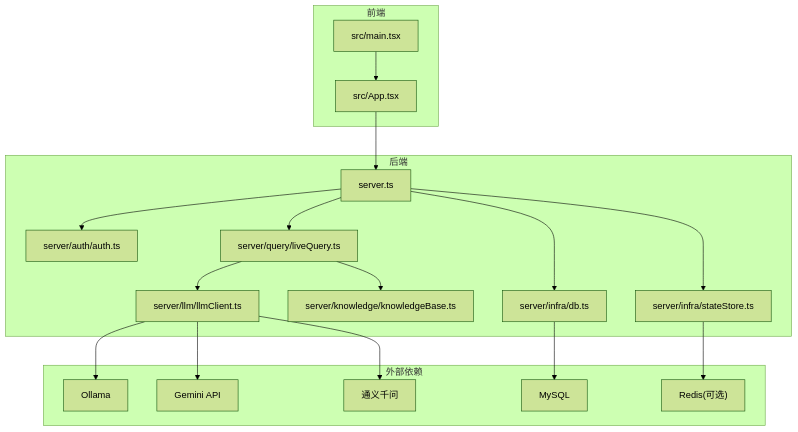
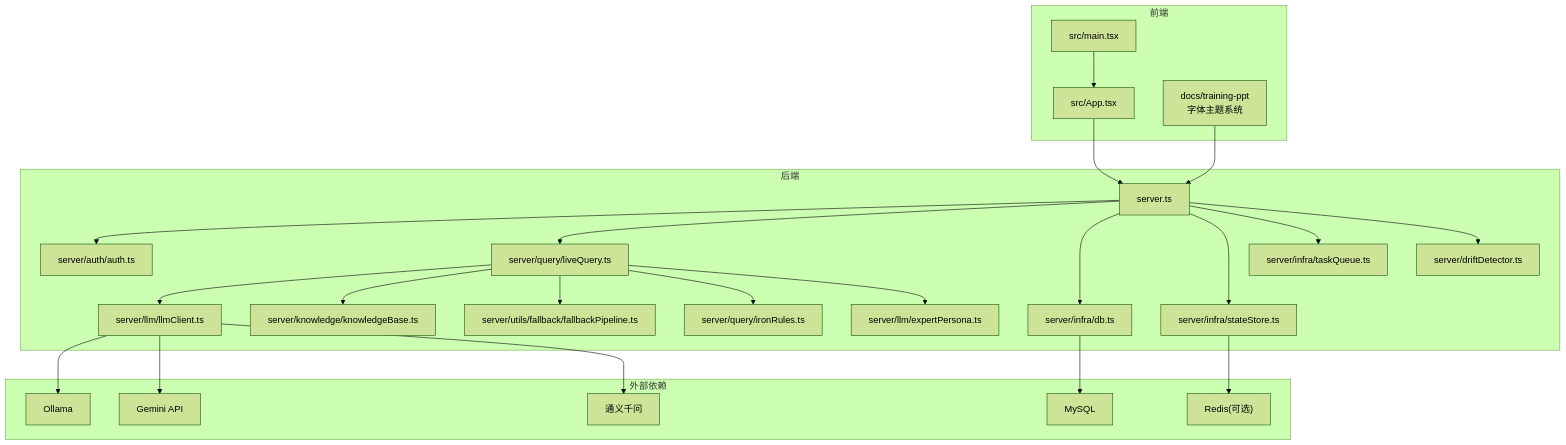
One commit to dgjin/smart-data-analytics changed the first of 17 diagrams in .qoder/repowiki/zh/content/项目概述/技术架构概览.md. Above: the diagram before and after it, drawn with Mermaid (forest theme). The commit also changed other lines of this file and 100 other files, not shown here.

````diff
--- a/.qoder/repowiki/zh/content/项目概述/技术架构概览.md
+++ b/.qoder/repowiki/zh/content/项目概述/技术架构概览.md
@@ -42,36 +70,48 @@
 ```mermaid
 graph TB
 subgraph "前端"
 FE_Main["src/main.tsx"]
 FE_App["src/App.tsx"]
+FE_Training["docs/training-ppt<br/>字体主题系统"]
 end
 subgraph "后端"
 BE_Server["server.ts"]
 BE_Auth["server/auth/auth.ts"]
 BE_Query["server/query/liveQuery.ts"]
 BE_LLM["server/llm/llmClient.ts"]
 BE_KB["server/knowledge/knowledgeBase.ts"]
 BE_DB["server/infra/db.ts"]
 BE_State["server/infra/stateStore.ts"]
+BE_Fallback["server/utils/fallback/fallbackPipeline.ts"]
+BE_IronRules["server/query/ironRules.ts"]
+BE_Expert["server/llm/expertPersona.ts"]
+BE_TaskQueue["server/infra/taskQueue.ts"]
+BE_Drift["server/driftDetector.ts"]
 end
 subgraph "外部依赖"
 DB_MySQL["MySQL"]
 Cache_Redis["Redis(可选)"]
 LLM_Ollama["Ollama"]
 LLM_Gemini["Gemini API"]
 LLM_Qwen["通义千问"]
 end
 FE_Main --> FE_App
 FE_App --> BE_Server
+FE_Training --> BE_Server
 BE_Server --> BE_Auth
 BE_Server --> BE_Query
 BE_Query --> BE_LLM
 BE_Query --> BE_KB
+BE_Query --> BE_Fallback
+BE_Query --> BE_IronRules
+BE_Query --> BE_Expert
 BE_Server --> BE_DB
 BE_Server --> BE_State
+BE_Server --> BE_TaskQueue
+BE_Server --> BE_Drift
 BE_LLM --> LLM_Ollama
 BE_LLM --> LLM_Gemini
 BE_LLM --> LLM_Qwen
 BE_DB --> DB_MySQL
 BE_State --> Cache_Redis
 ```
````
